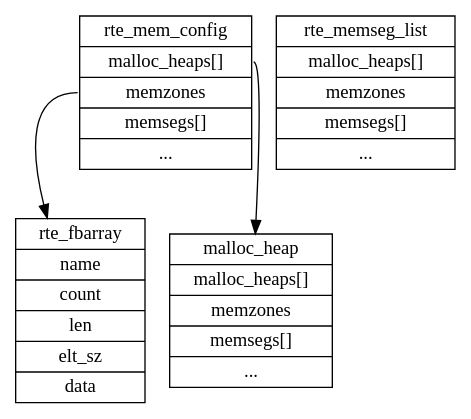
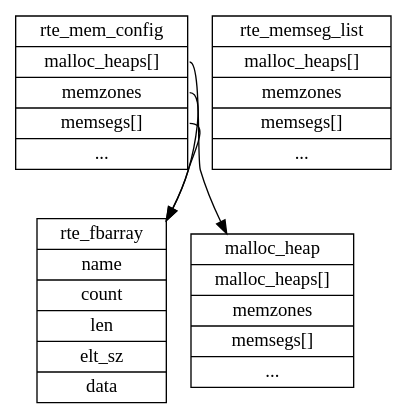
The diagram in dpdk/内存管理.md (sisyphus1212/note), drawn with Graphviz before and after one commit.

Commit message:
auto_update

````diff
--- a/dpdk/内存管理.md
+++ b/dpdk/内存管理.md
@@ -16,47 +16,48 @@
 ```graphviz
 digraph {
 	rte_mem_config[
 		label = "{
 		<f0>rte_mem_config|
         <f1>malloc_heaps[]|
 		<f2>memzones|
 		<f3>memsegs[]|
 		<f4>...
 		}",
 		shape = "record"
 	];
 	rte_fbarray[
 		label = "{
 		rte_fbarray|
         name|
 		count|
 		len|
 		elt_sz|
 		data
 		}",
 		shape = "record"
 	];
 	rte_memseg_list[
 		label = "{
 		<f0>rte_memseg_list|
 		<f1>malloc_heaps[]|
 		<f2>memzones|
 		<f3>memsegs[]|
 		<f4>...
 		}",
 		shape = "record"
 	];
 	malloc_heap[
 		label = "{
 		malloc_heap|
         malloc_heaps[]|
 		memzones|
 		memsegs[]|
 		...
 		}",
 		shape = "record"
 	];
 	rte_mem_config:f1 -> malloc_heap
 	rte_mem_config:f2 -> rte_fbarray
+	rte_mem_config:f3 -> rte_fbarray
 }
 ```
````
